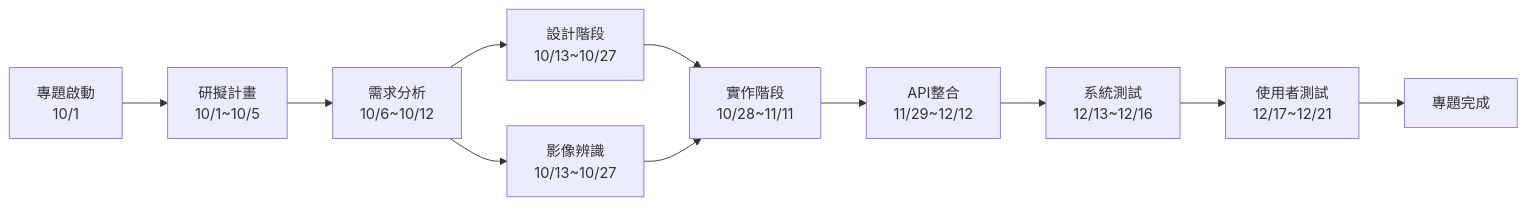
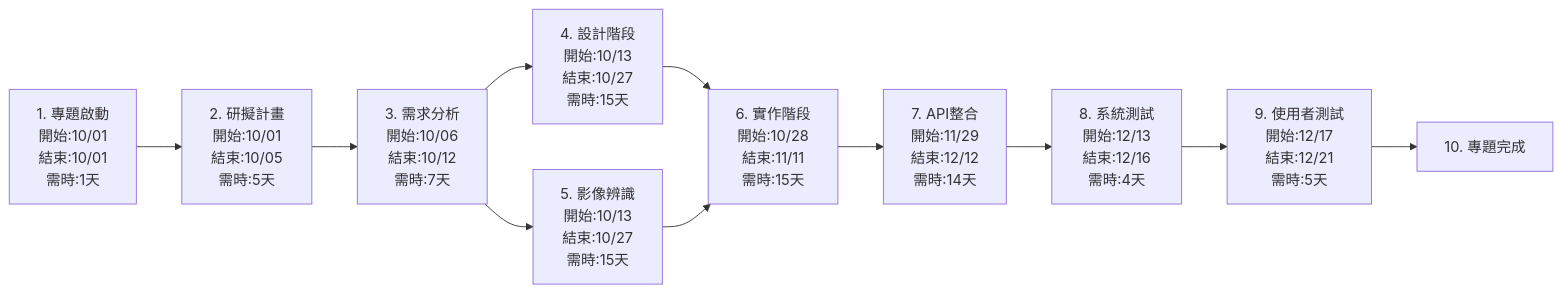
One commit to kyw012/team-project changed the second of 2 diagrams in 小組作業2.md. Above: the diagram before and after it, drawn with Mermaid.

````diff
--- a/小組作業2.md
+++ b/小組作業2.md
@@ -35,13 +35,15 @@
 ```mermaid
 graph LR
-    A[專題啟動<br>10/1] --> B[研擬計畫<br>10/1~10/5]
-    B --> C[需求分析<br>10/6~10/12]
-    C --> D[設計階段<br>10/13~10/27]
-    C --> E[影像辨識<br>10/13~10/27]
-    D --> F[實作階段<br>10/28~11/11]
-    E --> F
-    F --> G[API整合<br>11/29~12/12]
-    G --> H[系統測試<br>12/13~12/16]
-    H --> I[使用者測試<br>12/17~12/21]
-    I --> J[專題完成]
+    A1[1. 專題啟動<br>開始:10/01<br>結束:10/01<br>需時:1天] --> B2[2. 研擬計畫<br>開始:10/01<br>結束:10/05<br>需時:5天]
+    B2 --> C3[3. 需求分析<br>開始:10/06<br>結束:10/12<br>需時:7天]
+    C3 --> D4[4. 設計階段<br>開始:10/13<br>結束:10/27<br>需時:15天]
+    C3 --> E5[5. 影像辨識<br>開始:10/13<br>結束:10/27<br>需時:15天]
+    D4 --> F6[6. 實作階段<br>開始:10/28<br>結束:11/11<br>需時:15天]
+    E5 --> F6
+    F6 --> G7[7. API整合<br>開始:11/29<br>結束:12/12<br>需時:14天]
+    G7 --> H8[8. 系統測試<br>開始:12/13<br>結束:12/16<br>需時:4天]
+    H8 --> I9[9. 使用者測試<br>開始:12/17<br>結束:12/21<br>需時:5天]
+    I9 --> J10[10. 專題完成]
+
+
 ```
````
